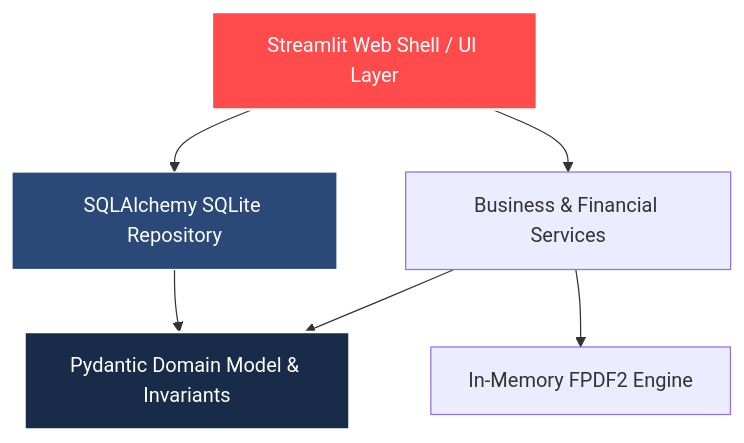
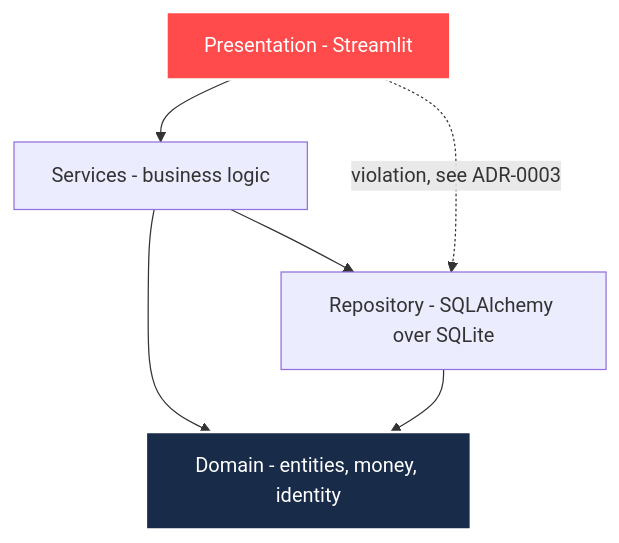
The diagram in README.md (Nain9Dev/NainDrive), drawn with Mermaid before and after one commit. The commit also changed other lines of this file and 28 other files, not shown here.

Commit message:
feat(domain): implement deterministic validation for identity and money

````diff
--- a/README.md
+++ b/README.md
@@ -26,12 +45,11 @@
 ```mermaid
 graph TD
-    UI[Streamlit Web Shell / UI Layer] --> SVC[Business & Financial Services]
-    UI --> REPO[SQLAlchemy SQLite Repository]
-    SVC --> DOM[Pydantic Domain Model & Invariants]
+    UI[Presentation - Streamlit] --> SVC[Services - business logic]
+    UI -. violation, see ADR-0003 .-> REPO
+    SVC --> DOM[Domain - entities, money, identity]
+    SVC --> REPO[Repository - SQLAlchemy over SQLite]
     REPO --> DOM
-    SVC --> PDF[In-Memory FPDF2 Engine]
 
     style DOM fill:#182B49,stroke:#fff,stroke-width:2px,color:#fff
     style UI fill:#FF4B4B,stroke:#fff,stroke-width:2px,color:#fff
-    style REPO fill:#2A4878,stroke:#fff,color:#fff
 ```
````
